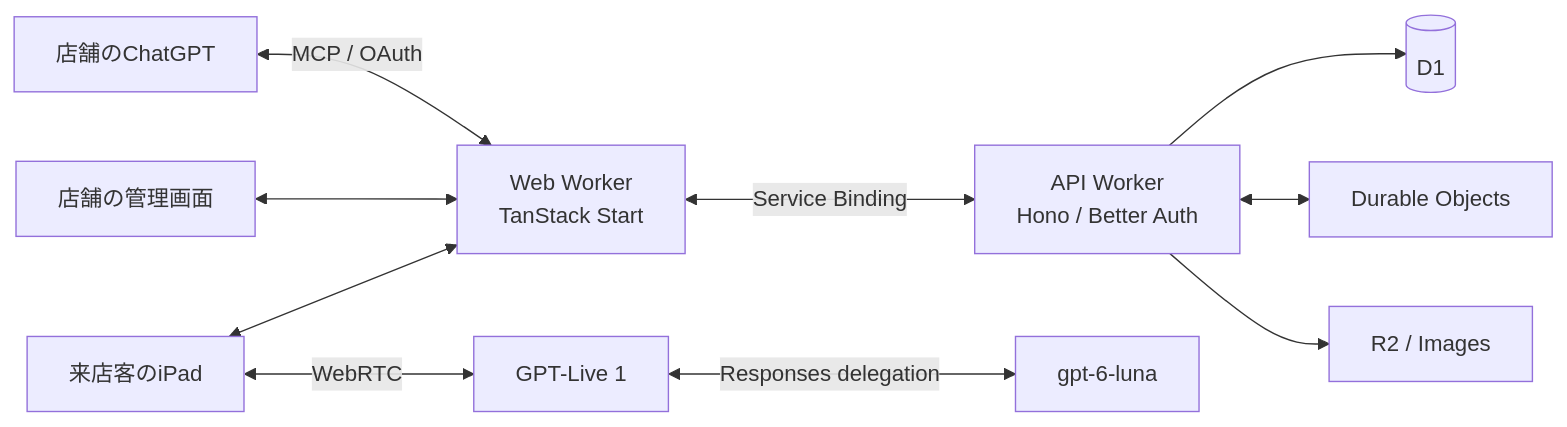
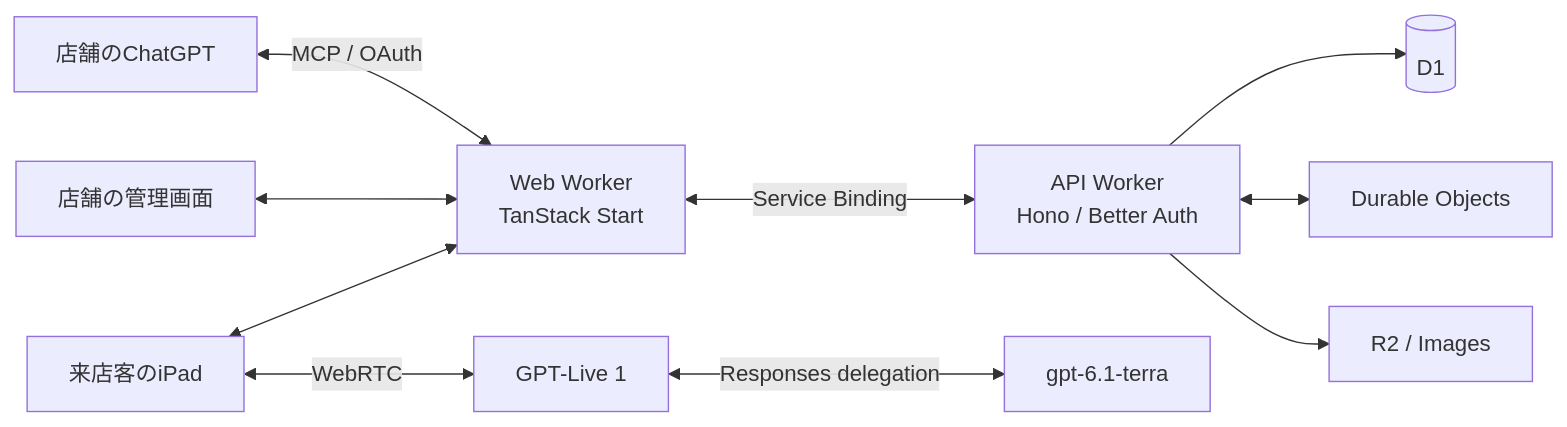
Before and after one commit to kit-codex-hack-fes-2026/tablecast-poc: the diagram in README.md, drawn with Mermaid. The commit also changed other lines of this file and 44 other files, not shown here.

````diff
--- a/README.md
+++ b/README.md
@@ -49,12 +49,12 @@
 ```mermaid
 flowchart LR
     Guest["来店客のiPad"] <--> Web["Web Worker<br/>TanStack Start"]
     Staff["店舗の管理画面"] <--> Web
     ChatGPT["店舗のChatGPT"] <-->|MCP / OAuth| Web
     Web <-->|Service Binding| API["API Worker<br/>Hono / Better Auth"]
     API --> D1[(D1)]
     API <--> DO["Durable Objects"]
     API --> Media["R2 / Images"]
     Guest <-->|WebRTC| Live["GPT-Live 1"]
-    Live <-->|Responses delegation| Luna["gpt-6-luna"]
+    Live <-->|Responses delegation| Terra["gpt-6.1-terra"]
 ```
````
